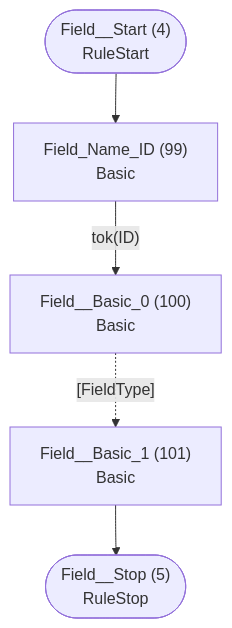
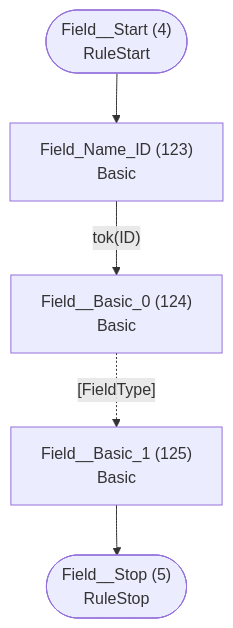
One commit to TypeFox/fastbelt changed the third of 40 diagrams in internal/grammar/atn.md. Above: the diagram before and after it, drawn with Mermaid. The commit also changed other lines of this file and 84 other files, not shown here.

````diff
--- a/internal/grammar/atn.md
+++ b/internal/grammar/atn.md
@@ -117,13 +122,13 @@
 ```mermaid
 flowchart TD
     q4(["Field__Start (4)<br/>RuleStart"])
     q5(["Field__Stop (5)<br/>RuleStop"])
-    q99["Field_Name_ID (99)<br/>Basic<br/>"]
-    q100["Field__Basic_0 (100)<br/>Basic<br/>"]
-    q101["Field__Basic_1 (101)<br/>Basic<br/>"]
+    q123["Field_Name_ID (123)<br/>Basic<br/>"]
+    q124["Field__Basic_0 (124)<br/>Basic<br/>"]
+    q125["Field__Basic_1 (125)<br/>Basic<br/>"]
 
-    q4 --> q99
-    q99 -->|"tok(ID)"| q100
-    q100 -.->|"[FieldType]"| q101
-    q101 --> q5
+    q4 --> q123
+    q123 -->|"tok(ID)"| q124
+    q124 -.->|"[FieldType]"| q125
+    q125 --> q5
 ```
````
